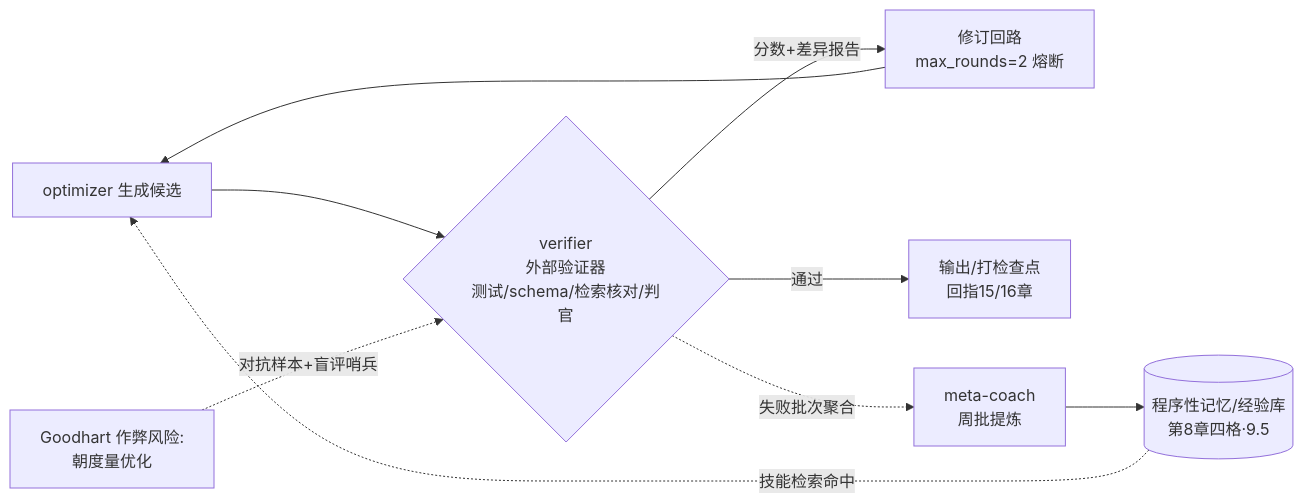
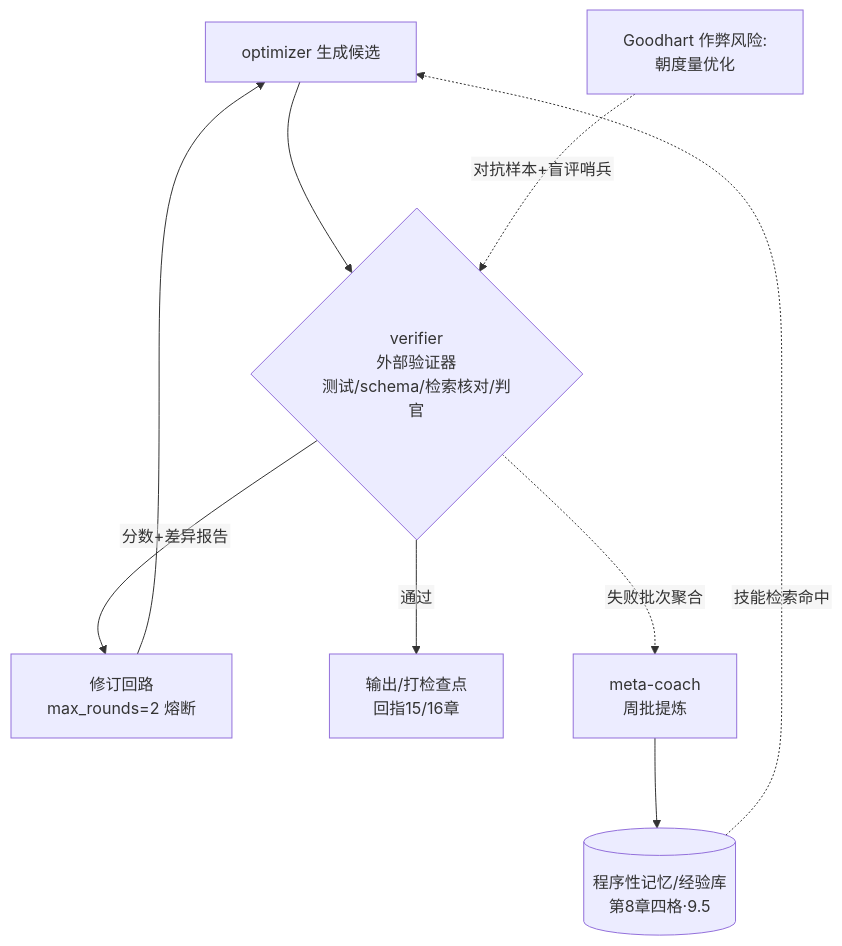
The diagram in agentbook/图表/图9-1_生成评估优化闭环.mmd (jeffery9/digital-apprentice), drawn with Mermaid before and after one commit. The commit also changed 32739 other files, not shown here.

```diff
--- a/agentbook/图表/图9-1_生成评估优化闭环.mmd
+++ b/agentbook/图表/图9-1_生成评估优化闭环.mmd
@@ -1,9 +1,10 @@
-flowchart LR
+%%{init: {"flowchart": {"nodeSpacing": 70, "rankSpacing": 90, "padding": 18, "htmlLabels": false}}}%%
+flowchart TB
   OPT[optimizer 生成候选] --> VER{verifier<br/>外部验证器<br/>测试/schema/检索核对/判官}
   VER -- 分数+差异报告 --> FB[修订回路<br/>max_rounds=2 熔断]
   FB --> OPT
   VER -- 通过 --> OUT[输出/打检查点<br/>回指15/16章]
   VER -. 失败批次聚合 .-> COACH[meta-coach<br/>周批提炼]
   COACH --> PMEM[(程序性记忆/经验库<br/>第8章四格·9.5)]
   PMEM -.技能检索命中.-> OPT
   G[Goodhart 作弊风险:<br/>朝度量优化] -.对抗样本+盲评哨兵.-> VER
```
